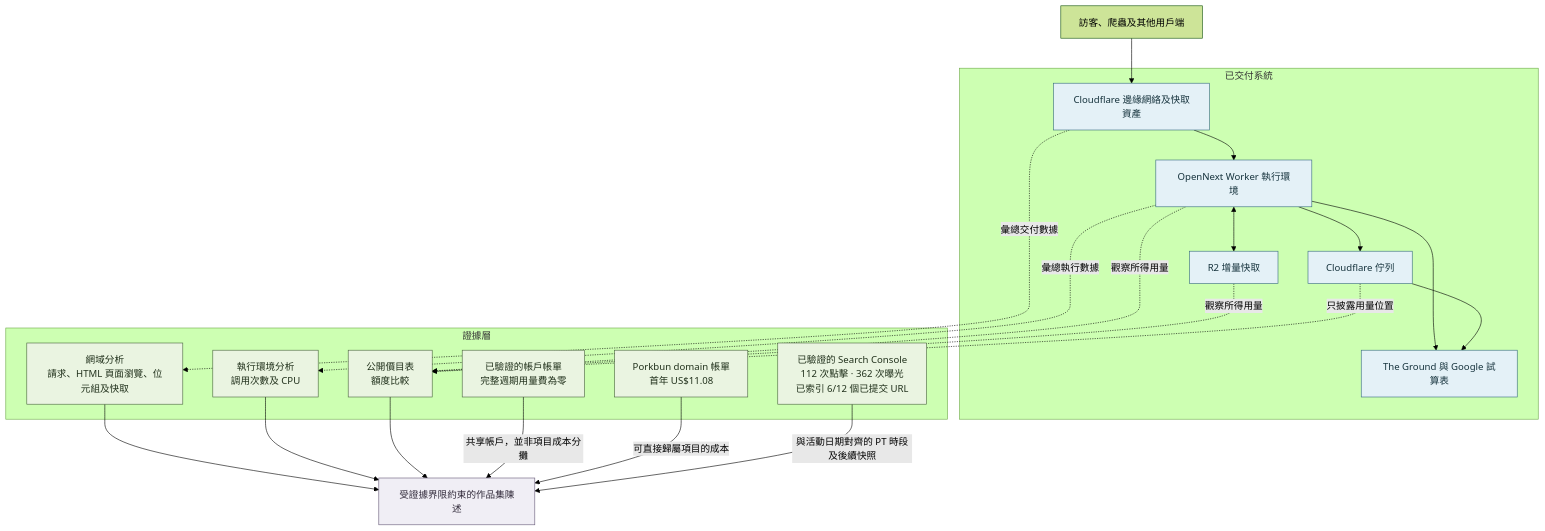
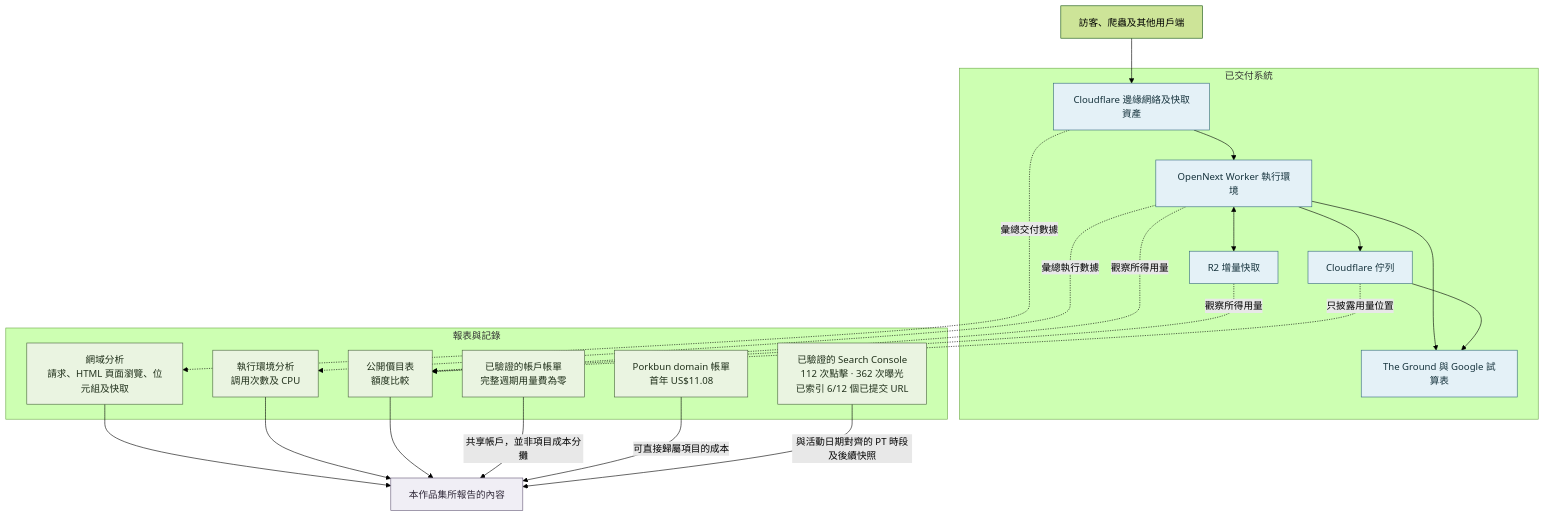
The diagram in docs/diagrams/production-measurement-boundaries.zh-Hant.mmd (jackyngtf/wellness-village-event-platform), drawn with Mermaid (forest theme) before and after one commit. The commit also changed 55 other files, not shown here.

```diff
--- a/docs/diagrams/production-measurement-boundaries.zh-Hant.mmd
+++ b/docs/diagrams/production-measurement-boundaries.zh-Hant.mmd
@@ -1,48 +1,48 @@
 flowchart TB
     VISITOR[訪客、爬蟲及其他用戶端]
 
     subgraph DELIVERY[已交付系統]
         EDGE[Cloudflare 邊緣網絡及快取資產]
         WORKER[OpenNext Worker 執行環境]
         R2[R2 增量快取]
         QUEUE[Cloudflare 佇列]
         EXTERNAL[The Ground 與 Google 試算表]
     end
 
-    subgraph EVIDENCE[證據層]
+    subgraph EVIDENCE[報表與記錄]
         ZONE_ANALYTICS[網域分析<br/>請求、HTML 頁面瀏覽、位元組及快取]
         WORKER_ANALYTICS[執行環境分析<br/>調用次數及 CPU]
         RATE_CARD[公開價目表<br/>額度比較]
         ACCOUNT_BILLING[已驗證的帳戶帳單<br/>完整週期用量費為零]
         DOMAIN_INVOICE[Porkbun domain 帳單<br/>首年 US$11.08]
         SEARCH_CONSOLE[已驗證的 Search Console<br/>112 次點擊 · 362 次曝光<br/>已索引 6/12 個已提交 URL]
     end
 
-    PORTFOLIO[受證據界限約束的作品集陳述]
+    PORTFOLIO[本作品集所報告的內容]
 
     VISITOR --> EDGE
     EDGE --> WORKER
     WORKER <--> R2
     WORKER --> QUEUE
     WORKER --> EXTERNAL
     QUEUE --> EXTERNAL
 
     EDGE -.->|彙總交付數據| ZONE_ANALYTICS
     WORKER -.->|彙總執行數據| WORKER_ANALYTICS
     WORKER -.->|觀察所得用量| RATE_CARD
     R2 -.->|觀察所得用量| RATE_CARD
     QUEUE -.->|只披露用量位置| RATE_CARD
 
     ZONE_ANALYTICS --> PORTFOLIO
     WORKER_ANALYTICS --> PORTFOLIO
     RATE_CARD --> PORTFOLIO
     ACCOUNT_BILLING -->|共享帳戶，並非項目成本分攤| PORTFOLIO
     DOMAIN_INVOICE -->|可直接歸屬項目的成本| PORTFOLIO
     SEARCH_CONSOLE -->|與活動日期對齊的 PT 時段及後續快照| PORTFOLIO
 
     classDef observed fill:#eaf4e1,stroke:#48633c,color:#20301b
     classDef system fill:#e4f1f7,stroke:#356a7d,color:#16333d
     classDef conclusion fill:#f0eef5,stroke:#675b79,color:#312a3a
     class EDGE,WORKER,R2,QUEUE,EXTERNAL system
     class ZONE_ANALYTICS,WORKER_ANALYTICS,RATE_CARD,ACCOUNT_BILLING,DOMAIN_INVOICE,SEARCH_CONSOLE observed
     class PORTFOLIO conclusion
```
